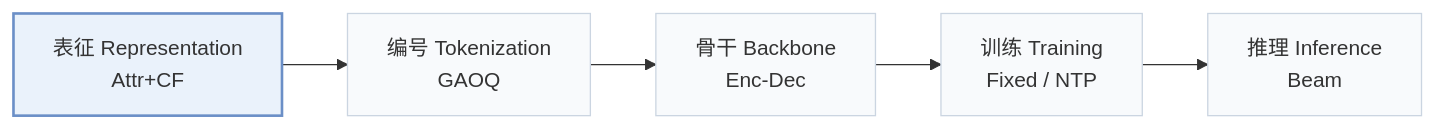
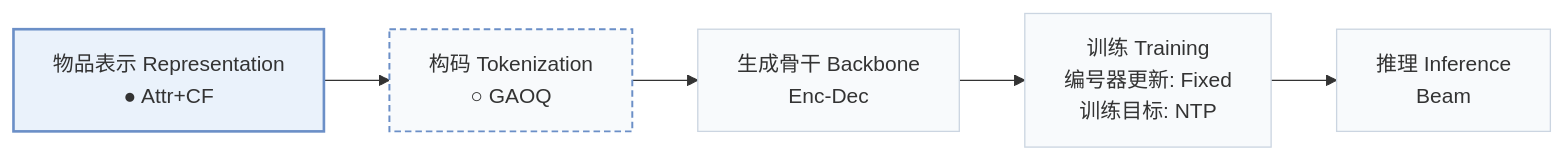
Before and after one commit to Galaxy-ghost/Awesome-SID-Generative-Rec: the first of 2 diagrams in pages/zh/papers/resid.md, drawn with Mermaid. The commit also changed other lines of this file and 558 other files, not shown here.

````diff
--- a/pages/zh/papers/resid.md
+++ b/pages/zh/papers/resid.md
@@ -15,8 +18,10 @@
 ```mermaid
 flowchart LR
-    R["表征 Representation<br/>Attr+CF"] --> T["编号 Tokenization<br/>GAOQ"] --> B["骨干 Backbone<br/>Enc-Dec"] --> TR["训练 Training<br/>Fixed / NTP"] --> I["推理 Inference<br/>Beam"]
+    R["物品表示 Representation<br/>● Attr+CF"] --> T["构码 Tokenization<br/>○ GAOQ"] --> B["生成骨干 Backbone<br/>Enc-Dec"] --> TR["训练 Training<br/>编号器更新: Fixed<br/>训练目标: NTP"] --> I["推理 Inference<br/>Beam"]
     classDef base fill:#f8fafc,stroke:#cbd5e1
     class R,T,B,TR,I base
+    classDef other fill:#f8fafc,stroke:#6b8fc7,stroke-width:1.5px,stroke-dasharray:5 3
+    class T other
     classDef main fill:#eaf2fb,stroke:#6b8fc7,stroke-width:2px
     class R main
 ```
````
